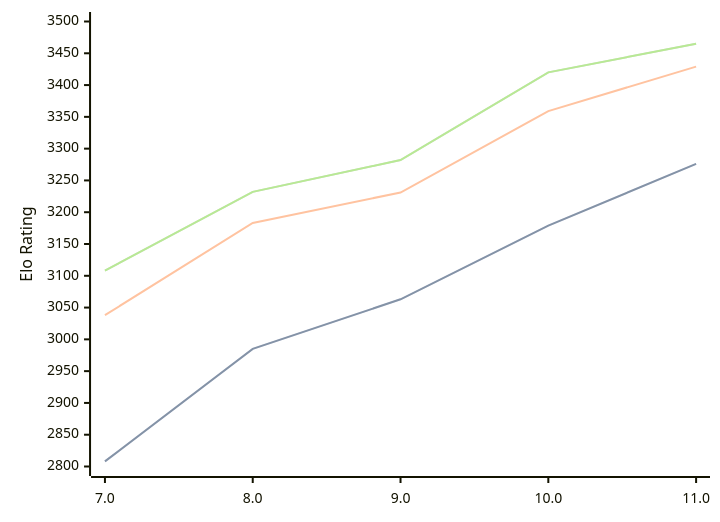
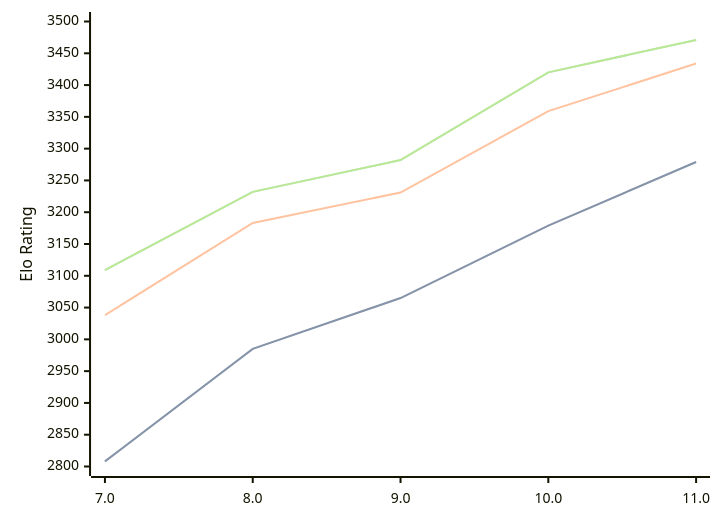
One commit to computer-chess-index/cci changed the diagram in engines/Tcheran.md. Above: the diagram before and after it, drawn with Mermaid. The commit also changed other lines of this file, not shown here.

Commit message:
Update CCI Ratings (ELO VLTC) - 2026-02-19

````diff
--- a/engines/Tcheran.md
+++ b/engines/Tcheran.md
@@ -46,11 +46,11 @@
 ```mermaid
 %%{init: {"theme":"base","themeVariables":{"seriesColors:['#a3a3a3','#222221','#faa371']}}}%%
 xychart-beta
   x-axis ["7.0", "8.0", "9.0", "10.0", "11.0"]
   y-axis "Elo Rating" 2800 --> 3500
-  line "STC (8.0+0.08s)" [2808, 2985, 3063, 3179, 3276]
-  line "STC (8.0+0.08s)" [2808, 2985, 3063, 3179, 3276]
-  line "LTC (60.0+0.60s)" [3038, 3183, 3231, 3359, 3429]
-  line "VLTC (2m24s+1.12s)" [3108, 3232, 3282, 3420, 3465]
-  line "VLTC (2m24s+1.12s)" [3108, 3232, 3282, 3420, 3465]
+  line "STC (8.0+0.08s)" [2808, 2985, 3065, 3179, 3279]
+  line "STC (8.0+0.08s)" [2808, 2985, 3065, 3179, 3279]
+  line "LTC (60.0+0.60s)" [3038, 3183, 3231, 3359, 3434]
+  line "VLTC (2m24s+1.12s)" [3109, 3232, 3282, 3420, 3471]
+  line "VLTC (2m24s+1.12s)" [3109, 3232, 3282, 3420, 3471]
 ```
````
